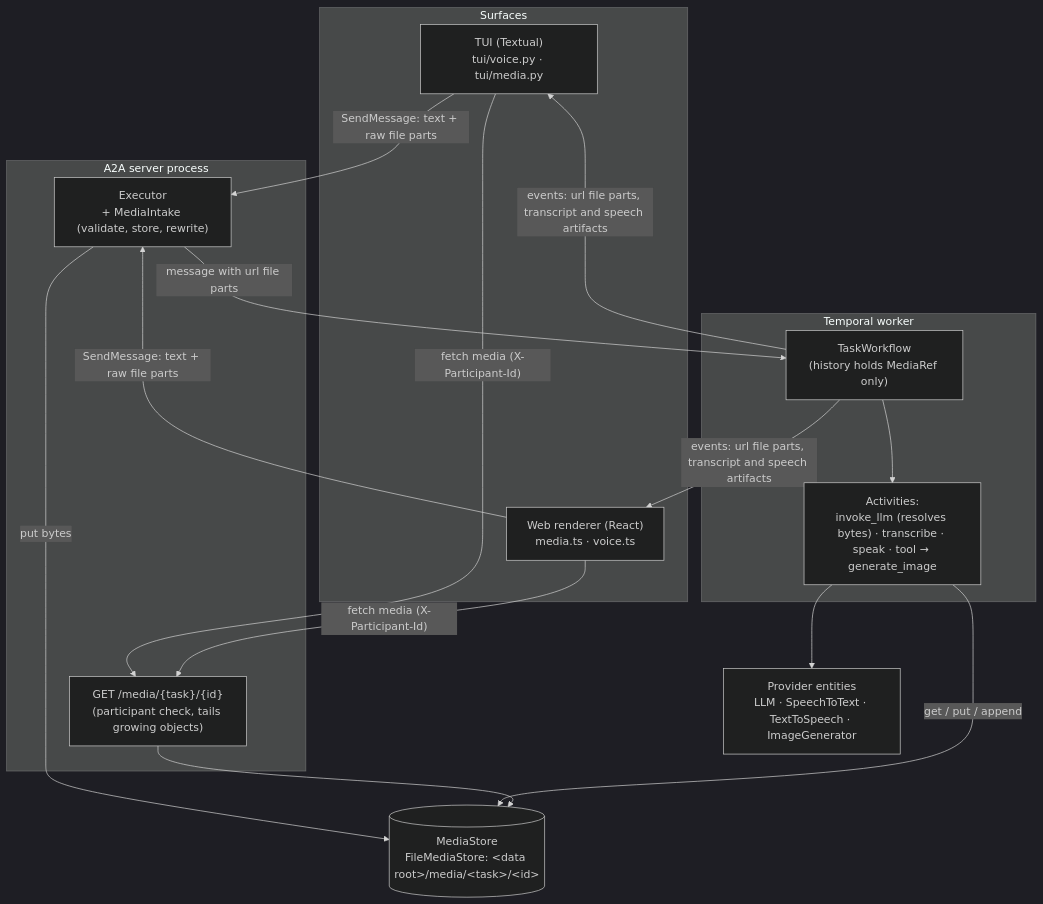
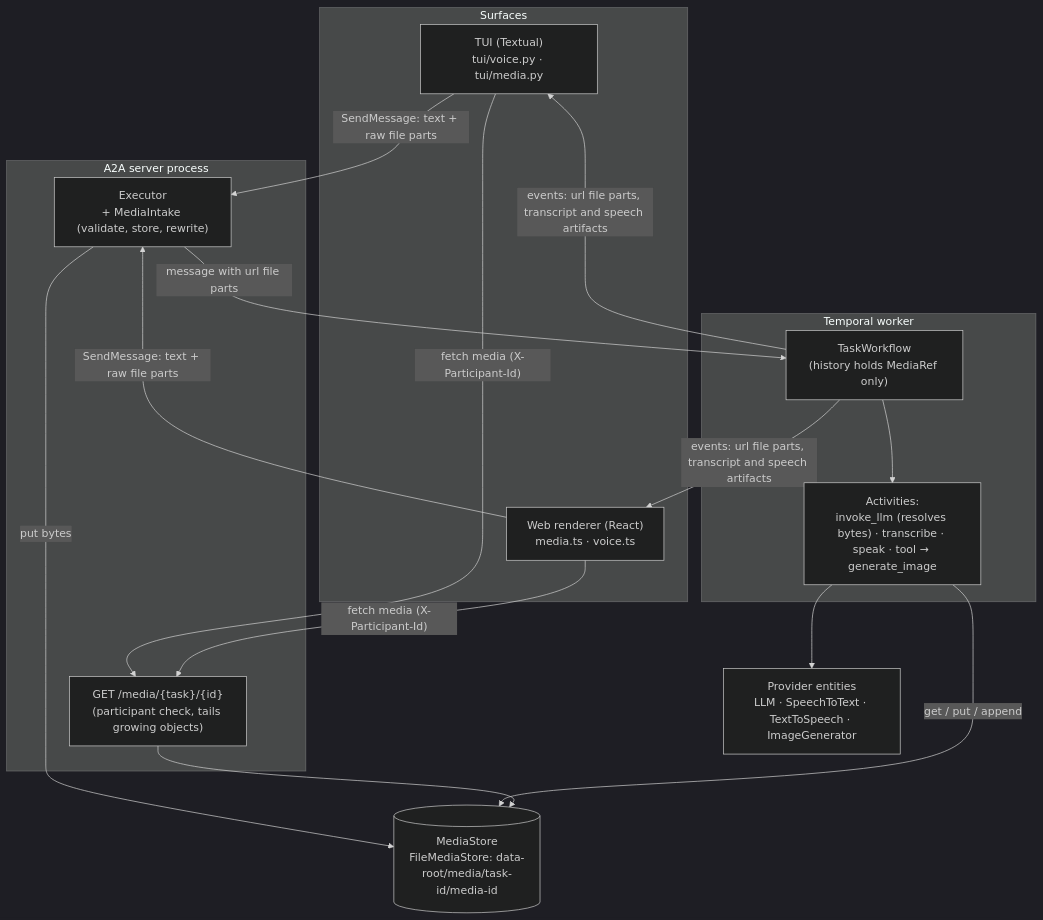
Before and after one commit to MadaraUchiha-314/tiny-harness: the first of 2 diagrams in docs/specs/issue-38/design.md, drawn with Mermaid (dark theme). The commit also changed other lines of this file, not shown here.

First line of the commit message:
docs(specs): make the design's mermaid diagrams parse (review, issue-38)

````diff
--- a/docs/specs/issue-38/design.md
+++ b/docs/specs/issue-38/design.md
@@ -62,26 +62,26 @@
 ```mermaid
 flowchart TB
     subgraph Surfaces
         TUI["TUI (Textual)<br/>tui/voice.py · tui/media.py"]
         WEB["Web renderer (React)<br/>media.ts · voice.ts"]
     end
     subgraph Server["A2A server process"]
         EX["Executor<br/>+ MediaIntake (validate, store, rewrite)"]
         MR["GET /media/{task}/{id}<br/>(participant check, tails growing objects)"]
     end
     subgraph Worker["Temporal worker"]
         WF["TaskWorkflow<br/>(history holds MediaRef only)"]
         ACT["Activities:<br/>invoke_llm (resolves bytes) · transcribe · speak · tool → generate_image"]
     end
-    MS[("MediaStore<br/>FileMediaStore: &lt;data root&gt;/media/&lt;task&gt;/&lt;id&gt;")]
+    MS[("MediaStore<br/>FileMediaStore: data-root/media/task-id/media-id")]
     P["Provider entities<br/>LLM · SpeechToText · TextToSpeech · ImageGenerator"]
     TUI & WEB -- "SendMessage: text + raw file parts" --> EX
     EX -- "put bytes" --> MS
     EX -- "message with url file parts" --> WF
     WF --> ACT
     ACT -- "get / put / append" --> MS
     ACT --> P
     WF -- "events: url file parts, transcript and speech artifacts" --> TUI & WEB
     TUI & WEB -- "fetch media (X-Participant-Id)" --> MR
     MR --> MS
 ```
````
